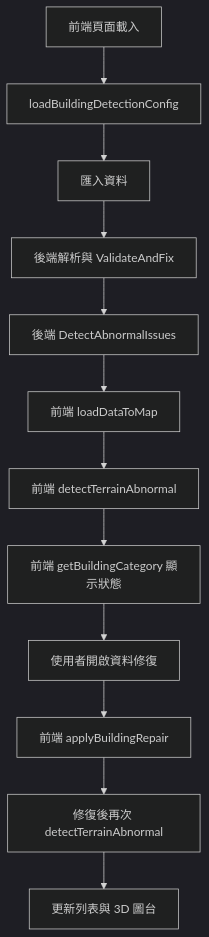
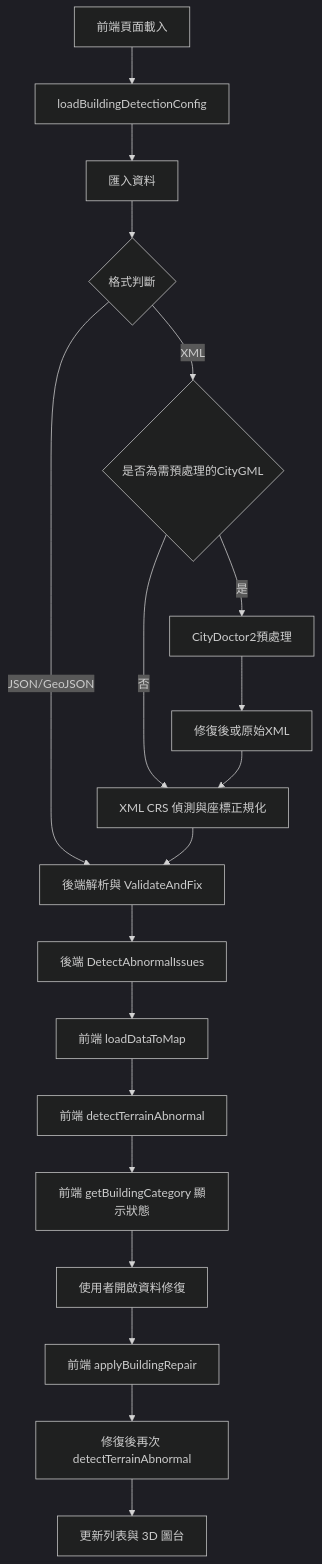
Before and after one commit to JerryShiao/Demo_3dDatasCheck_VueTsAspNetCore10: the diagram in docs/data-status-and-repair.md, drawn with Mermaid (dark theme). The commit also changed other lines of this file and 52 other files, not shown here.

````diff
--- a/docs/data-status-and-repair.md
+++ b/docs/data-status-and-repair.md
@@ -138,14 +177,21 @@
 ```mermaid
 flowchart TD
     appStart[前端頁面載入] --> loadConfig[loadBuildingDetectionConfig]
     loadConfig --> importData[匯入資料]
-    importData --> backendParse[後端解析與 ValidateAndFix]
+    importData --> importRoute{格式判斷}
+    importRoute -->|JSON/GeoJSON| backendParse[後端解析與 ValidateAndFix]
+    importRoute -->|XML| xmlPreprocess{是否為需預處理的CityGML}
+    xmlPreprocess -->|否| xmlCrs[XML CRS 偵測與座標正規化]
+    xmlPreprocess -->|是| cityDoctor[CityDoctor2預處理]
+    cityDoctor --> repairedXml[修復後或原始XML]
+    repairedXml --> xmlCrs
+    xmlCrs --> backendParse
     backendParse --> backendDetect[後端 DetectAbnormalIssues]
     backendDetect --> clientLoad[前端 loadDataToMap]
     clientLoad --> terrainDetect[前端 detectTerrainAbnormal]
     terrainDetect --> uiCategory[前端 getBuildingCategory 顯示狀態]
     uiCategory --> repairDialog[使用者開啟資料修復]
     repairDialog --> applyRepair[前端 applyBuildingRepair]
     applyRepair --> terrainRecheck[修復後再次 detectTerrainAbnormal]
     terrainRecheck --> rerender[更新列表與 3D 圖台]
 ```
````
